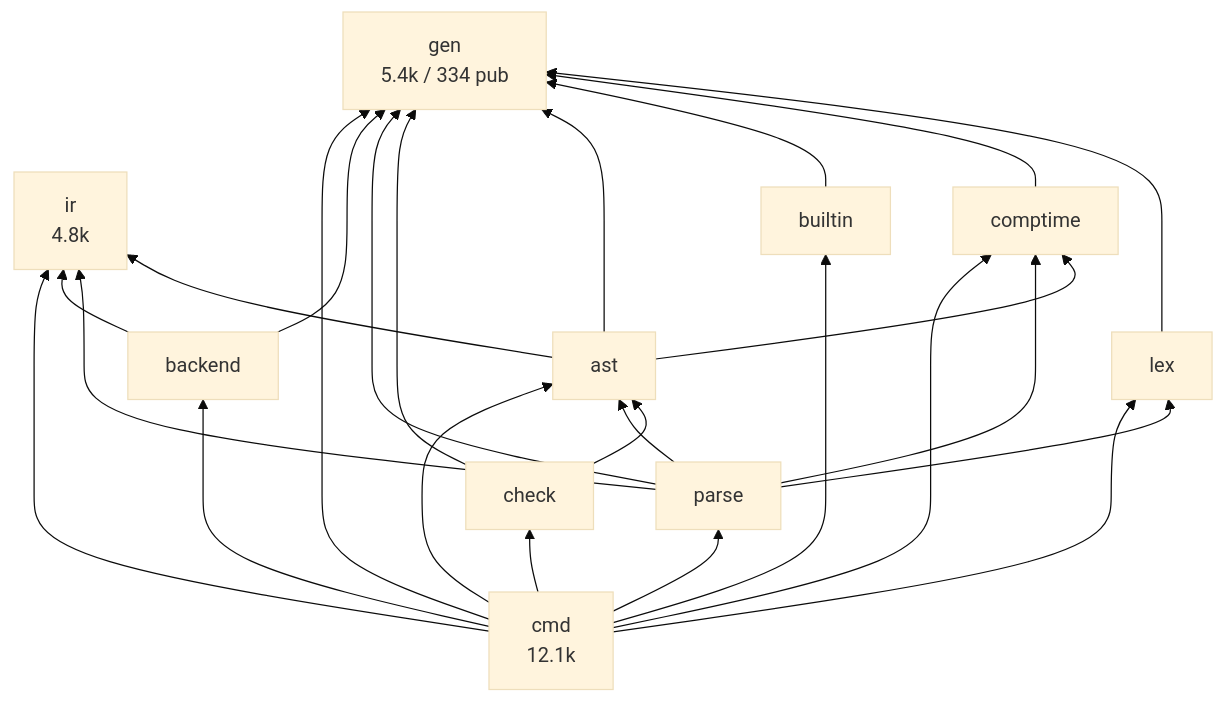
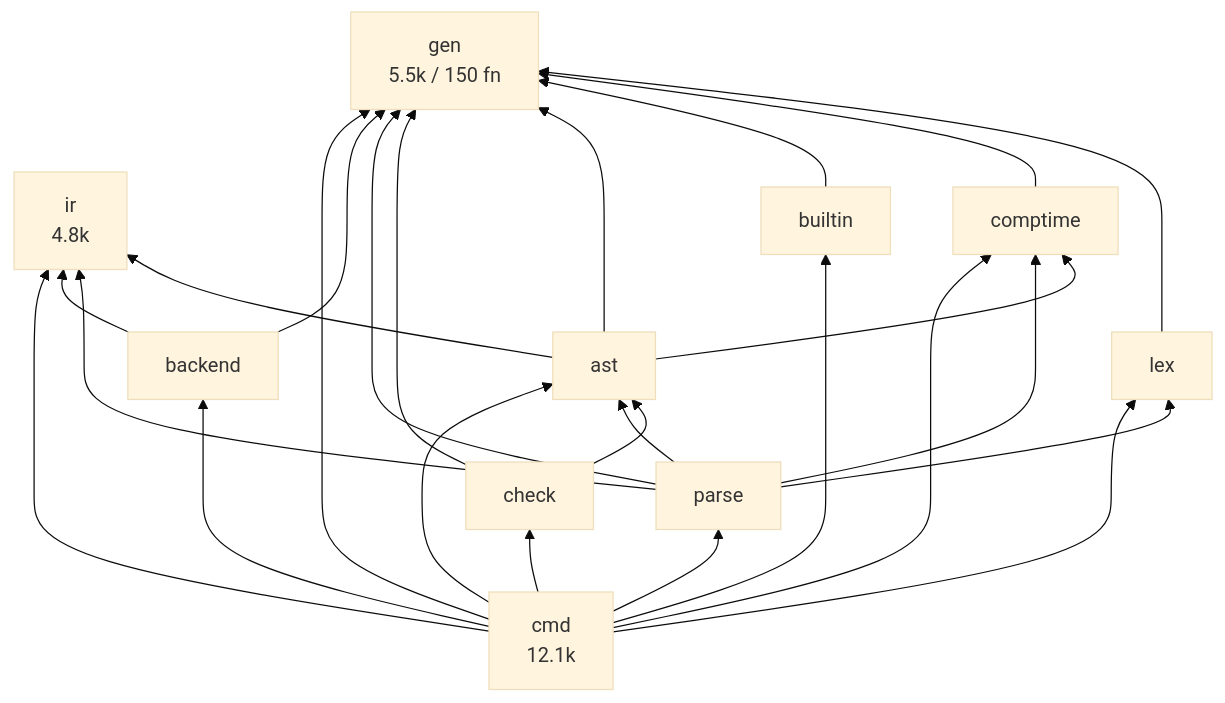
Before and after one commit to lalavender/x: the first of 2 diagrams in docs/03-design/yh-系统架构与长期演进设计-2026-10-24.md, drawn with Mermaid (base theme). The commit also changed other lines of this file and 85 other files, not shown here.

````diff
--- a/docs/03-design/yh-系统架构与长期演进设计-2026-10-24.md
+++ b/docs/03-design/yh-系统架构与长期演进设计-2026-10-24.md
@@ -64,29 +69,29 @@
 ```mermaid
 flowchart BT
-    GEN[gen<br/>5.4k / 334 pub]
+    GEN[gen<br/>5.5k / 150 fn]
     IR[ir<br/>4.8k]
     LEX[lex] --> GEN
     CT[comptime] --> GEN
     BI[builtin] --> GEN
     AST[ast] --> GEN
     AST --> CT
     AST --> IR
     CHECK[check] --> AST
     CHECK --> GEN
     PARSE[parse] --> AST
     PARSE --> CT
     PARSE --> GEN
     PARSE --> IR
     PARSE --> LEX
     BE[backend] --> GEN
     BE --> IR
     CMD[cmd<br/>12.1k] --> AST
     CMD --> BE
     CMD --> BI
     CMD --> CHECK
     CMD --> CT
     CMD --> GEN
     CMD --> IR
     CMD --> LEX
     CMD --> PARSE
 ```
````
